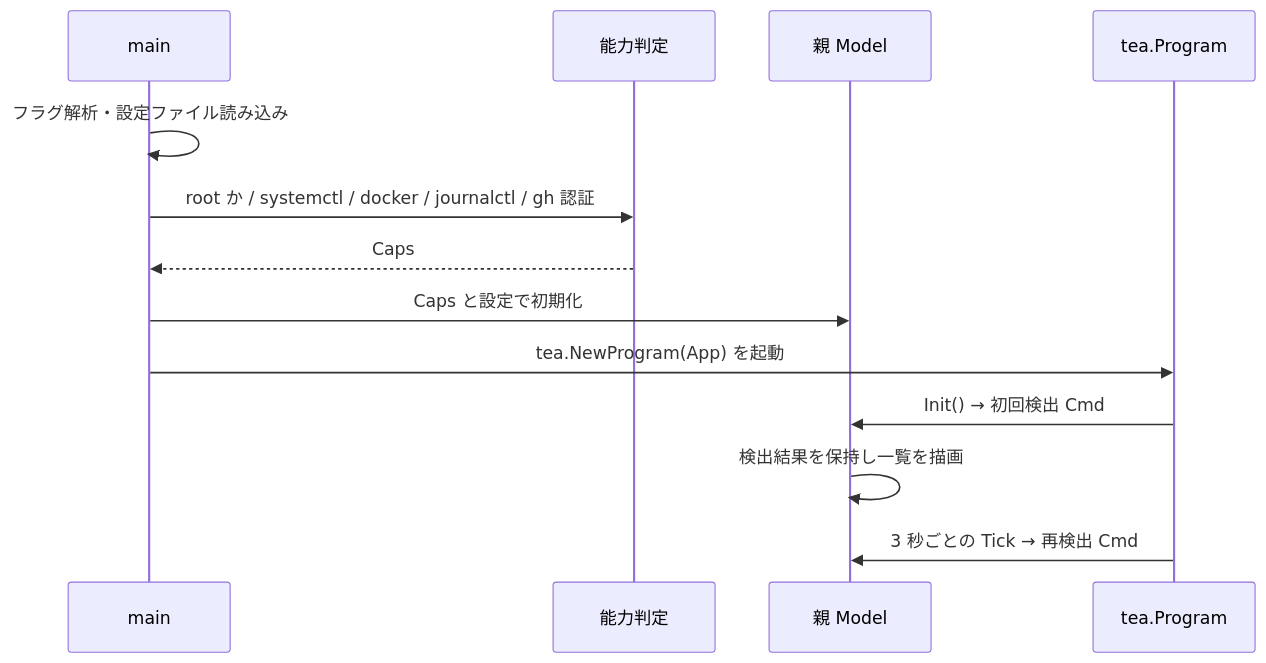
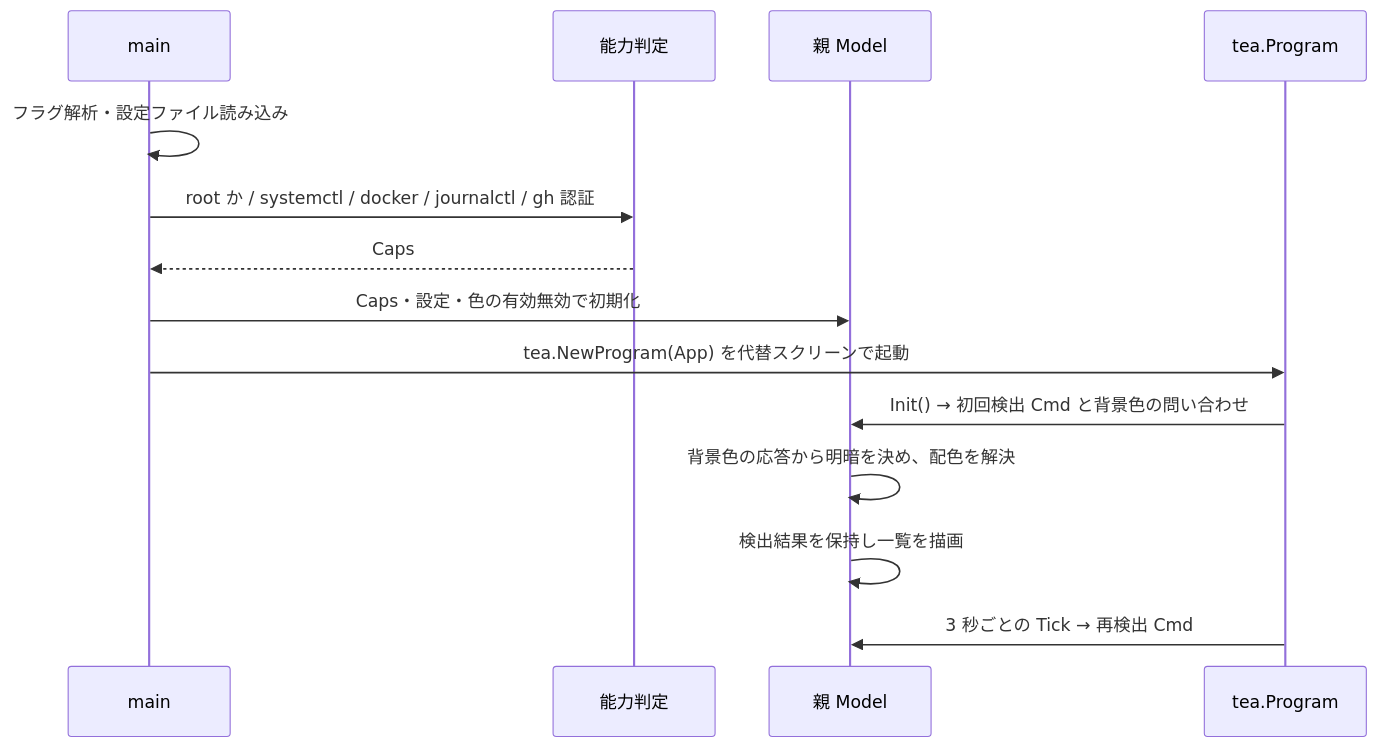
The second of 4 diagrams in docs/architecture/overview.md (ousiassllc/gsr-helper), drawn with Mermaid before and after one commit. The commit also changed other lines of this file and 4 other files, not shown here.

````diff
--- a/docs/architecture/overview.md
+++ b/docs/architecture/overview.md
@@ -74,16 +76,17 @@
 ```mermaid
 sequenceDiagram
     participant Main as main
     participant Caps as 能力判定
     participant App as 親 Model
     participant Tea as tea.Program
 
     Main->>Main: フラグ解析・設定ファイル読み込み
     Main->>Caps: root か / systemctl / docker / journalctl / gh 認証
     Caps-->>Main: Caps
-    Main->>App: Caps と設定で初期化
-    Main->>Tea: tea.NewProgram(App) を起動
-    Tea->>App: Init() → 初回検出 Cmd
+    Main->>App: Caps・設定・色の有効無効で初期化
+    Main->>Tea: tea.NewProgram(App) を代替スクリーンで起動
+    Tea->>App: Init() → 初回検出 Cmd と背景色の問い合わせ
+    App->>App: 背景色の応答から明暗を決め、配色を解決
     App->>App: 検出結果を保持し一覧を描画
     Tea->>App: 3 秒ごとの Tick → 再検出 Cmd
 ```
````
